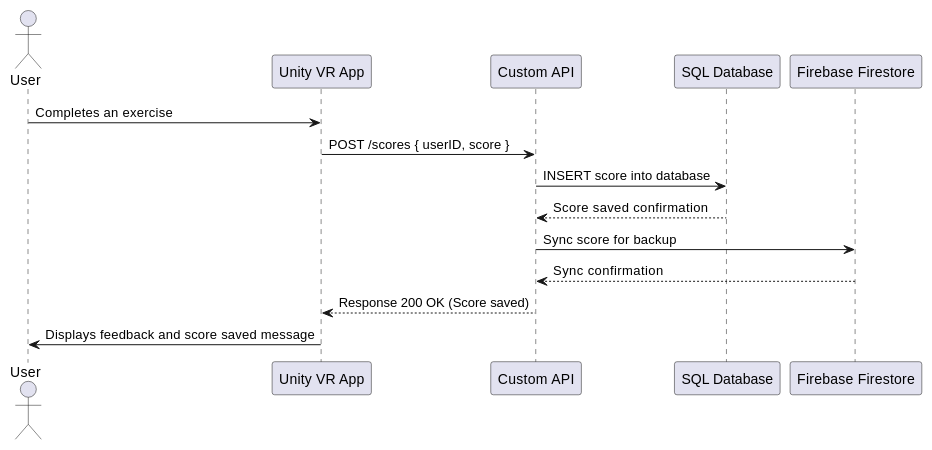
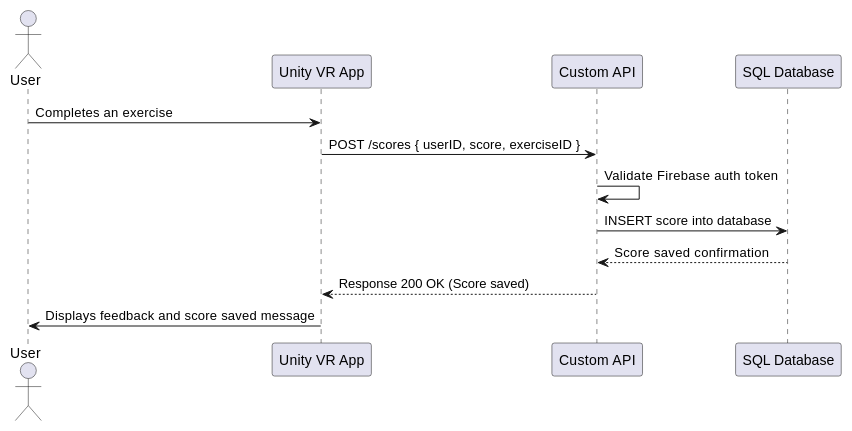
One commit to Sweetyamnesia/BrainBoostVR changed the second of 3 diagrams in portfolio-project/Technical_documentation.md. Above: the diagram before and after it, drawn with PlantUML. The commit also changed other lines of this file, not shown here.

Commit message:
modification of sequence diagrams

````diff
--- a/portfolio-project/Technical_documentation.md
+++ b/portfolio-project/Technical_documentation.md
@@ -134,18 +139,16 @@
 ```plantuml
 @startuml
 actor User
 participant "Unity VR App" as Unity
 participant "Custom API" as API
 participant "SQL Database" as DB
-participant "Firebase Firestore" as Firestore
 
 User -> Unity: Completes an exercise
-Unity -> API: POST /scores { userID, score }
+Unity -> API: POST /scores { userID, score, exerciseID }
+API -> API: Validate Firebase auth token
 API -> DB: INSERT score into database
 DB --> API: Score saved confirmation
-API -> Firestore: Sync score for backup
-Firestore --> API: Sync confirmation
 API --> Unity: Response 200 OK (Score saved)
 Unity -> User: Displays feedback and score saved message
 @enduml
 ```
````
